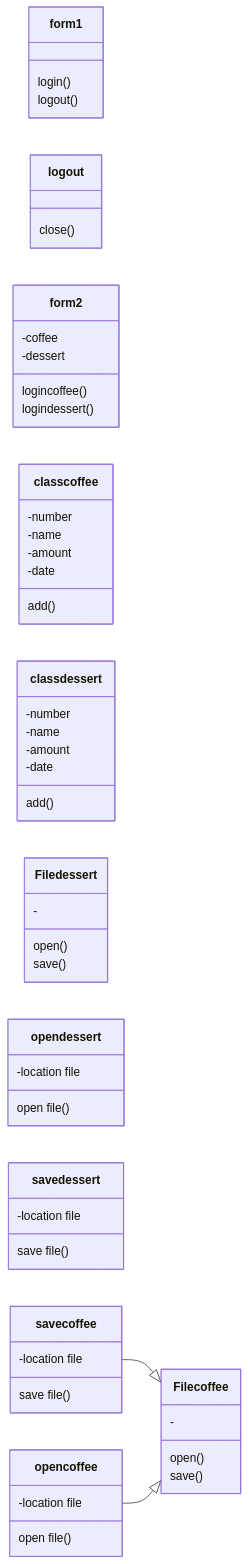
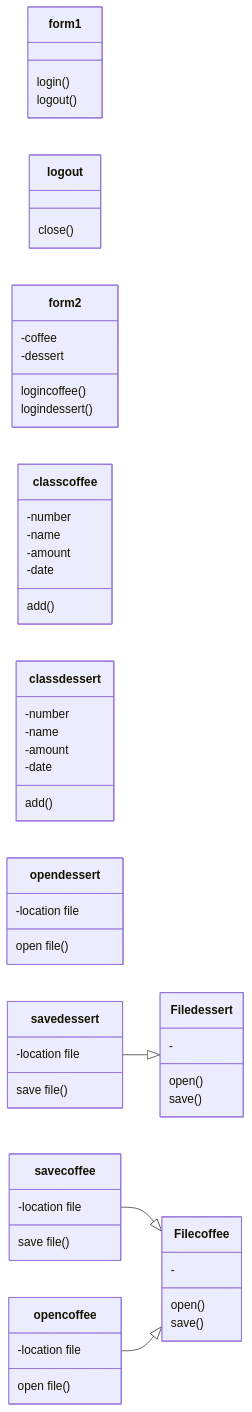
One commit to Syxsaran/ReportSalesCoffee changed the diagram in README.md. Above: the diagram before and after it, drawn with Mermaid.

````diff
--- a/README.md
+++ b/README.md
@@ -11,59 +11,61 @@
 ```mermaid
 classDiagram
   direction LR
   class form1{
   login()
   logout()
   }
   class logout{
   close()
   }
   class form2{
   -coffee
   -dessert
   logincoffee()
   logindessert()
   }
   class classcoffee{
   -number
   -name
   -amount
   -date
   add()
   }
   class classdessert{
   -number
   -name
   -amount
   -date
   add()
   }
   class Filecoffee{
   -
   open()
   save()
   }
   class Filedessert{
   -
   open()
   save()
   }
   class opendessert{
   -location file
   open file()
   }
   class savedessert{
   -location file
   save file()
   }
   class opencoffee{
   -location file
   open file()
   }
   class savecoffee{
   -location file
   save file()
   }
   savecoffee --|> Filecoffee
   opencoffee --|> Filecoffee
+  
+  savedessert --|> Filedessert
   ```
````
